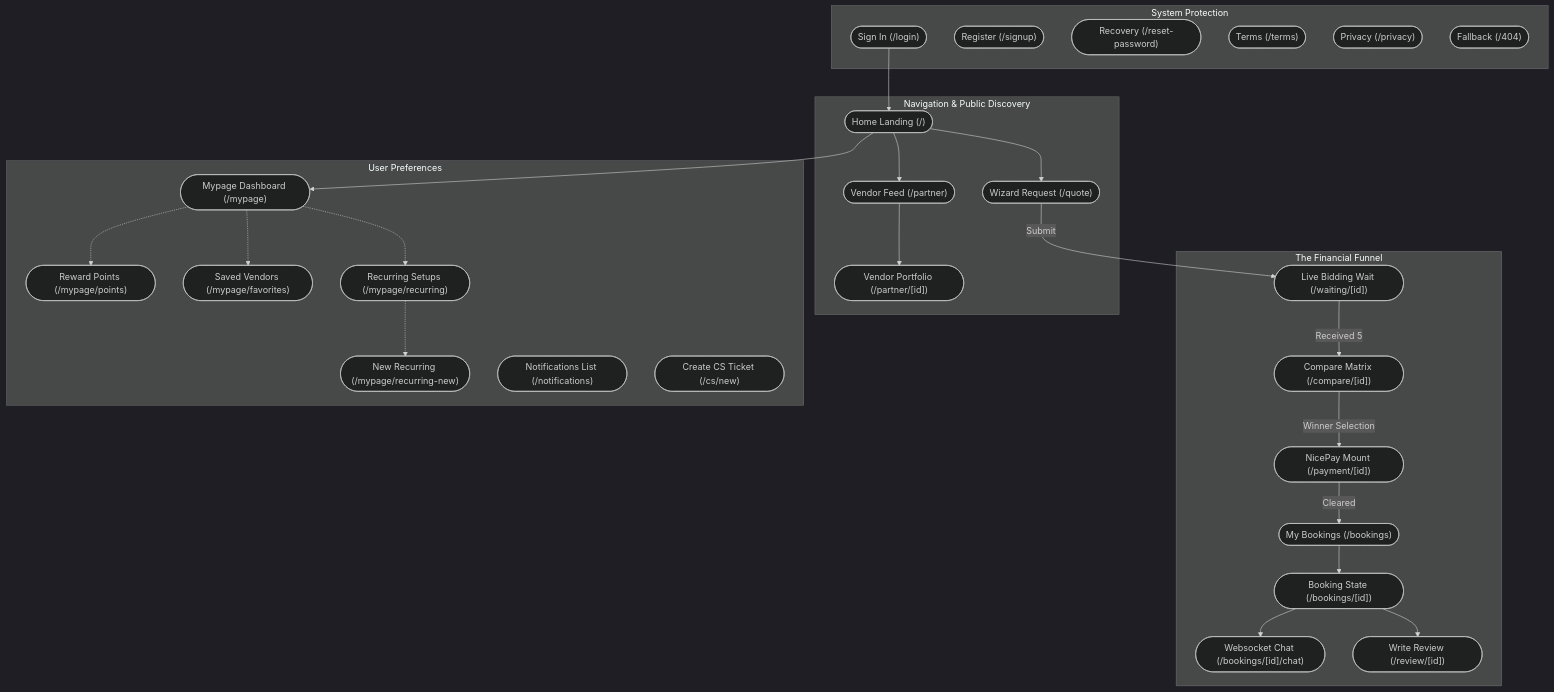
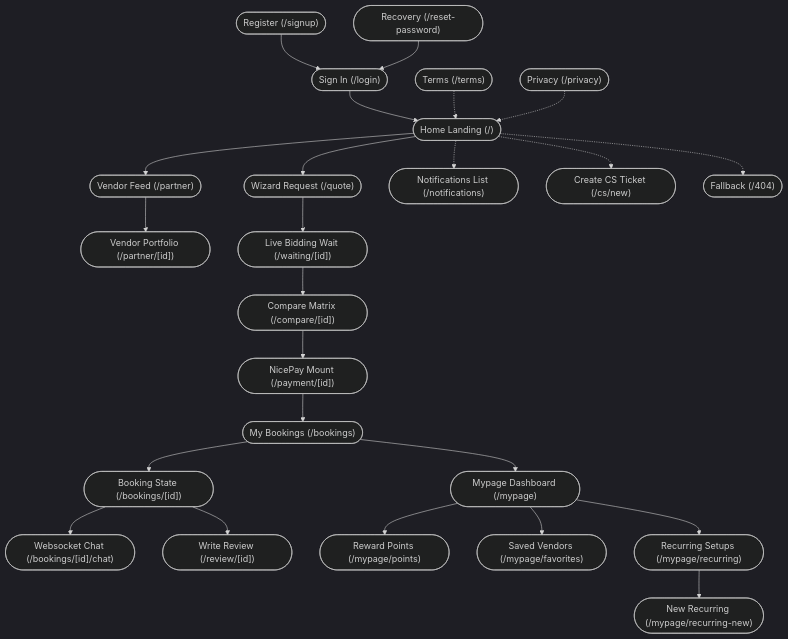
Before and after one commit to oniiyachan/analysis: the diagram in Analysis/10_User_Flow_Vector_Diagrams_EN/01_Customer_Flow.md, drawn with Mermaid (dark theme). The commit also changed 6 other files, not shown here.

````diff
--- a/Analysis/10_User_Flow_Vector_Diagrams_EN/01_Customer_Flow.md
+++ b/Analysis/10_User_Flow_Vector_Diagrams_EN/01_Customer_Flow.md
@@ -4,42 +4,35 @@
 ```mermaid
 graph TD
-    subgraph Discovery [Navigation & Public Discovery]
-        H(["Home Landing (/)"]) --> Q(["Wizard Request (/quote)"])
-        H --> P1(["Vendor Feed (/partner)"])
-        P1 --> P2(["Vendor Portfolio (/partner/[id])"])
-    end
+    %% Auth Block
+    L2(["Register (/signup)"]) --> L1(["Sign In (/login)"])
+    L3(["Recovery (/reset-password)"]) --> L1
+    
+    %% Discovery Block
+    L1 --> H(["Home Landing (/)"])
+    H --> Q(["Wizard Request (/quote)"])
+    H --> P1(["Vendor Feed (/partner)"])
+    P1 --> P2(["Vendor Portfolio (/partner/[id])"])
 
-    subgraph Core_Funnel [The Financial Funnel]
-        Q -->|Submit| W(["Live Bidding Wait (/waiting/[id])"])
-        W -->|Received 5| C(["Compare Matrix (/compare/[id])"])
-        C -->|Winner Selection| P(["NicePay Mount (/payment/[id])"])
-        P -->|Cleared| B1(["My Bookings (/bookings)"])
-        B1 --> B2(["Booking State (/bookings/[id])"])
-        B2 --> B3(["Websocket Chat (/bookings/[id]/chat)"])
-        B2 --> R(["Write Review (/review/[id])"])
-    end
+    %% Core Funnel
+    Q --> W(["Live Bidding Wait (/waiting/[id])"])
+    W --> C(["Compare Matrix (/compare/[id])"])
+    C --> P(["NicePay Mount (/payment/[id])"])
+    P --> B1(["My Bookings (/bookings)"])
+    B1 --> B2(["Booking State (/bookings/[id])"])
+    B2 --> B3(["Websocket Chat (/bookings/[id]/chat)"])
+    B2 --> R(["Write Review (/review/[id])"])
 
-    subgraph My_Page [User Preferences]
-        M1(["Mypage Dashboard (/mypage)"])
-        M2(["Reward Points (/mypage/points)"])
-        M3(["Saved Vendors (/mypage/favorites)"])
-        M4(["Recurring Setups (/mypage/recurring)"])
-        M5(["New Recurring (/mypage/recurring-new)"])
-        N1(["Notifications List (/notifications)"])
-        CS(["Create CS Ticket (/cs/new)"])
-    end
-
-    subgraph Auth_Legal [System Protection]
-        L1(["Sign In (/login)"])
-        L2(["Register (/signup)"])
-        L3(["Recovery (/reset-password)"])
-        L4(["Terms (/terms)"])
-        L5(["Privacy (/privacy)"])
-        L6(["Fallback (/404)"])
-    end
-
-    L1 --> H
-    H --> M1
-    M1 -.-> M2 & M3 & M4
-    M4 -.-> M5
+    %% User Preferences Rooted Logically
+    B1 --> M1(["Mypage Dashboard (/mypage)"])
+    M1 --> M2(["Reward Points (/mypage/points)"])
+    M1 --> M3(["Saved Vendors (/mypage/favorites)"])
+    M1 --> M4(["Recurring Setups (/mypage/recurring)"])
+    M4 --> M5(["New Recurring (/mypage/recurring-new)"])
+    
+    %% Orphans / Supporting Nodes
+    H -.-> N1(["Notifications List (/notifications)"])
+    H -.-> CS(["Create CS Ticket (/cs/new)"])
+    H -.-> L6(["Fallback (/404)"])
+    L4(["Terms (/terms)"]) -.-> H
+    L5(["Privacy (/privacy)"]) -.-> H
 ```
````
